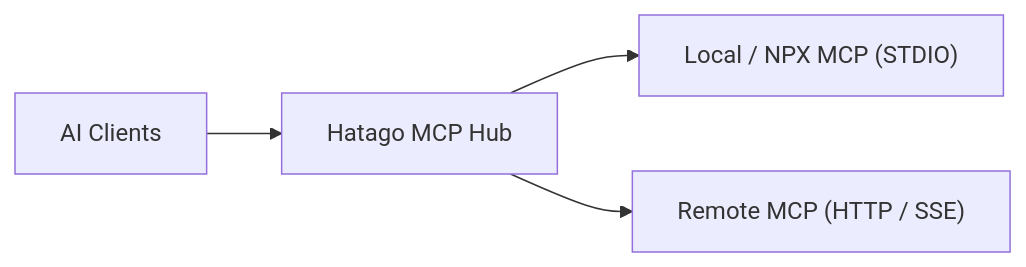
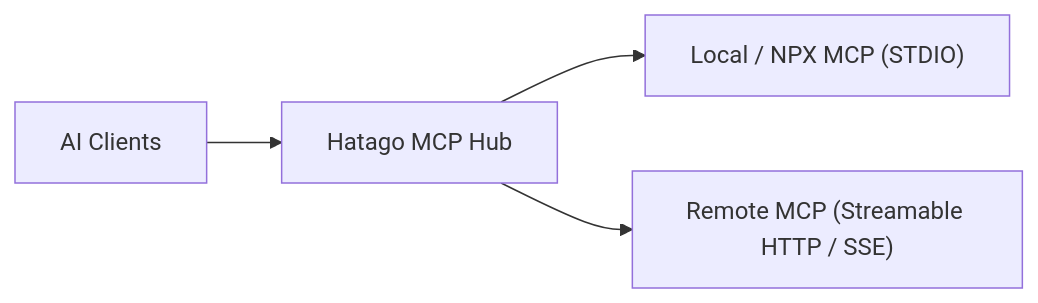
Before and after one commit to himorishige/zenn-contents: the first of 3 diagrams in articles/introduce-hatago-mcp-hub.md, drawn with Mermaid. The commit also changed other lines of this file, not shown here.

Commit message:
docs: clarify terminology and add links for Streamable HTTP/SSE

````diff
--- a/articles/introduce-hatago-mcp-hub.md
+++ b/articles/introduce-hatago-mcp-hub.md
@@ -23,10 +23,10 @@
 ```mermaid
 graph LR
   A["AI Clients"]
   B["Hatago MCP Hub"]
   C1["Local / NPX MCP (STDIO)"]
-  C2["Remote MCP (HTTP / SSE)"]
+  C2["Remote MCP (Streamable HTTP / SSE)"]
   A --> B
   B --> C1
   B --> C2
 ```
````
